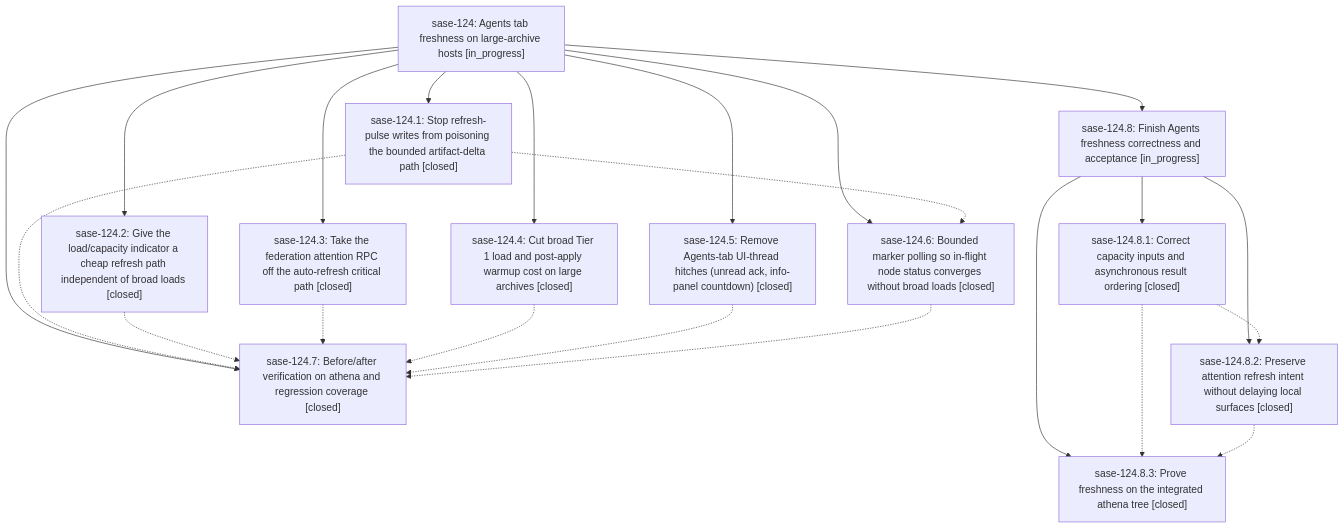
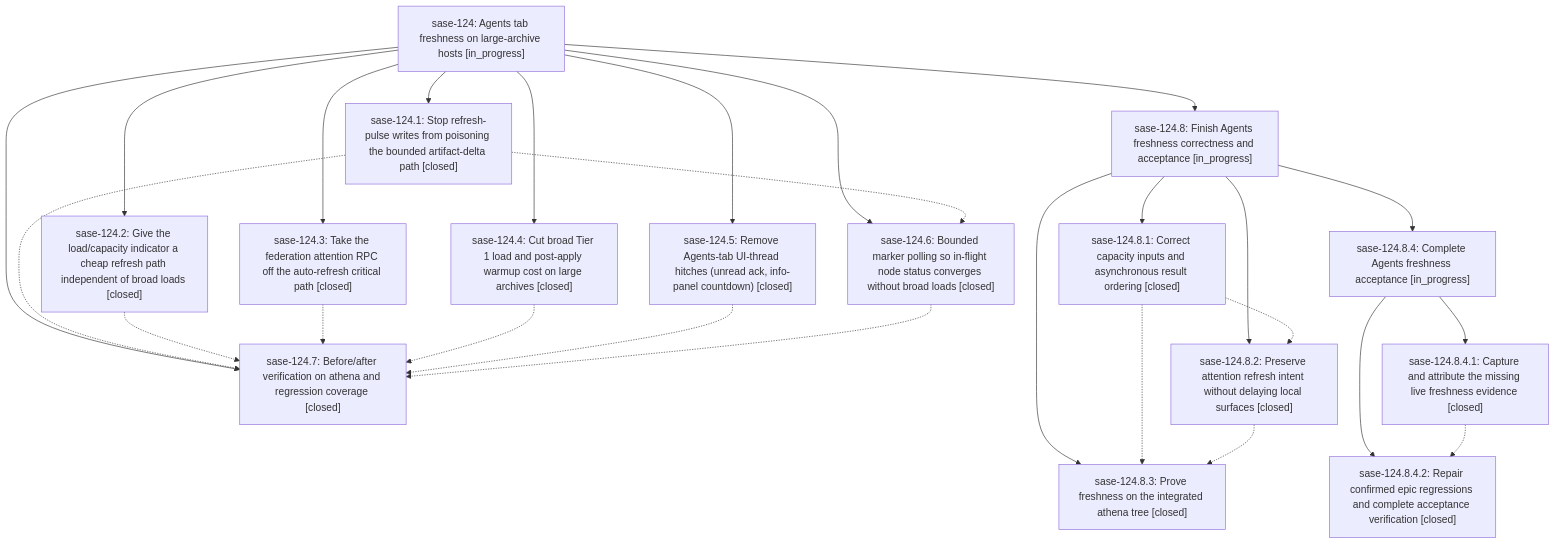
Before and after one commit to sase-org/sase--beads: the diagram in pages/sase-124/README.md, drawn with Mermaid. The commit also changed other lines of this file and 4 other files, not shown here.

````diff
--- a/pages/sase-124/README.md
+++ b/pages/sase-124/README.md
@@ -46,36 +46,43 @@
 ```mermaid
 flowchart TD
     n0["sase-124: Agents tab freshness on large-archive hosts [in_progress]"]
     n1["sase-124.1: Stop refresh-pulse writes from poisoning the bounded artifact-delta path [closed]"]
     n2["sase-124.2: Give the load/capacity indicator a cheap refresh path independent of broad loads [closed]"]
     n3["sase-124.3: Take the federation attention RPC off the auto-refresh critical path [closed]"]
     n4["sase-124.4: Cut broad Tier 1 load and post-apply warmup cost on large archives [closed]"]
     n5["sase-124.5: Remove Agents-tab UI-thread hitches (unread ack, info-panel countdown) [closed]"]
     n6["sase-124.6: Bounded marker polling so in-flight node status converges without broad loads [closed]"]
     n7["sase-124.7: Before/after verification on athena and regression coverage [closed]"]
     n8["sase-124.8: Finish Agents freshness correctness and acceptance [in_progress]"]
     n9["sase-124.8.1: Correct capacity inputs and asynchronous result ordering [closed]"]
     n10["sase-124.8.2: Preserve attention refresh intent without delaying local surfaces [closed]"]
     n11["sase-124.8.3: Prove freshness on the integrated athena tree [closed]"]
+    n12["sase-124.8.4: Complete Agents freshness acceptance [in_progress]"]
+    n13["sase-124.8.4.1: Capture and attribute the missing live freshness evidence [closed]"]
+    n14["sase-124.8.4.2: Repair confirmed epic regressions and complete acceptance verification [closed]"]
     n0 --> n1
     n0 --> n2
     n0 --> n3
     n0 --> n4
     n0 --> n5
     n0 --> n6
     n0 --> n7
     n0 --> n8
     n8 --> n9
     n8 --> n10
     n8 --> n11
+    n8 --> n12
+    n12 --> n13
+    n12 --> n14
     n1 -.-> n6
     n1 -.-> n7
     n2 -.-> n7
     n3 -.-> n7
     n4 -.-> n7
     n5 -.-> n7
     n6 -.-> n7
     n9 -.-> n10
     n9 -.-> n11
     n10 -.-> n11
+    n13 -.-> n14
 ```
````
